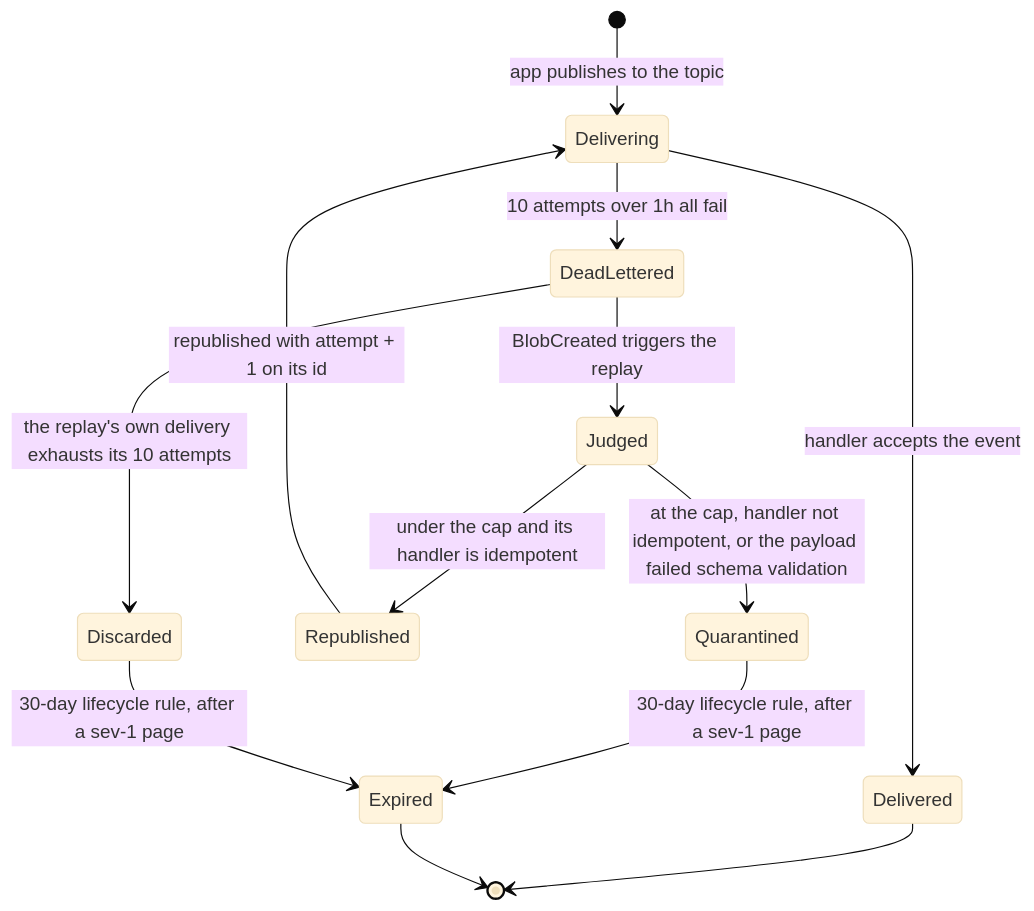
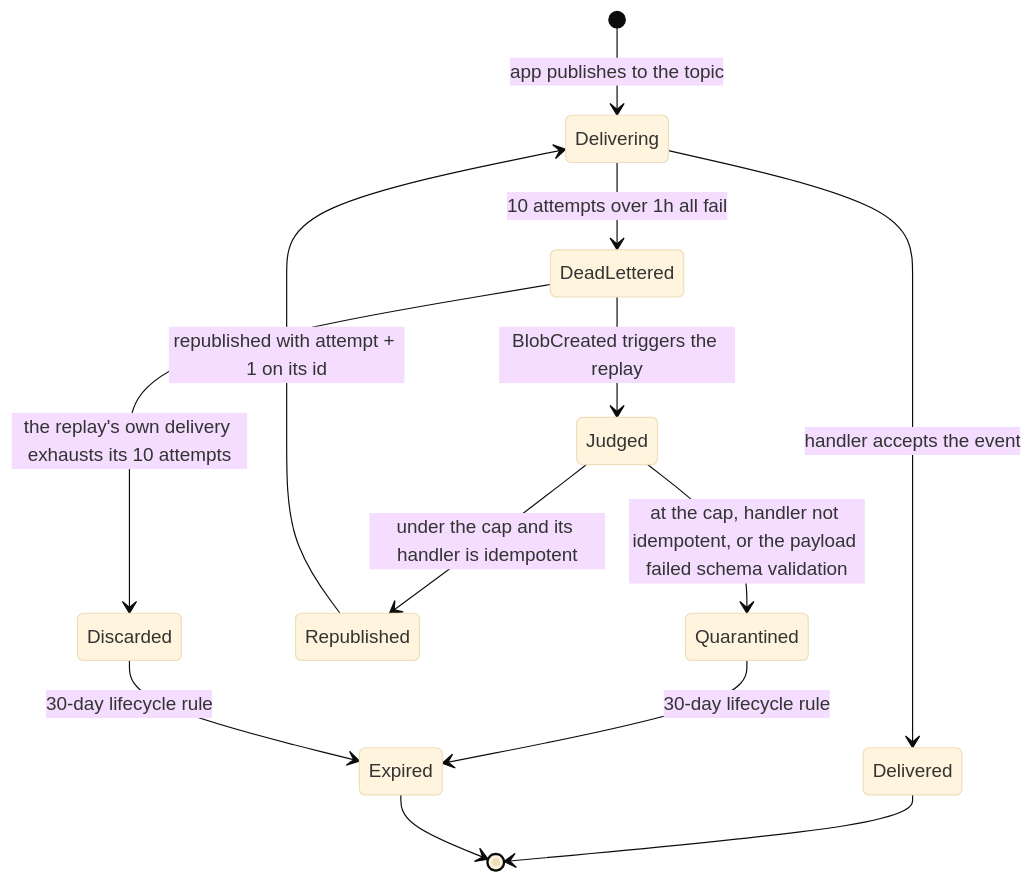
The second of 2 diagrams in packages/app/content/docs/infra/eventgrid-dead-letter.md (Esposter/Esposter), drawn with Mermaid (base theme) before and after one commit. The commit also changed other lines of this file and 13 other files, not shown here.

````diff
--- a/packages/app/content/docs/infra/eventgrid-dead-letter.md
+++ b/packages/app/content/docs/infra/eventgrid-dead-letter.md
@@ -71,15 +69,15 @@
 ```mermaid
 stateDiagram-v2
   [*] --> Delivering: app publishes to the topic
   Delivering --> Delivered: handler accepts the event
   Delivering --> DeadLettered: 10 attempts over 1h all fail
   DeadLettered --> Judged: BlobCreated triggers the replay
   DeadLettered --> Discarded: the replay's own delivery exhausts its 10 attempts
   Judged --> Republished: under the cap and its handler is idempotent
   Judged --> Quarantined: at the cap, handler not idempotent, or the payload failed schema validation
   Republished --> Delivering: republished with attempt + 1 on its id
-  Quarantined --> Expired: 30-day lifecycle rule, after a sev-1 page
-  Discarded --> Expired: 30-day lifecycle rule, after a sev-1 page
+  Quarantined --> Expired: 30-day lifecycle rule
+  Discarded --> Expired: 30-day lifecycle rule
   Delivered --> [*]
   Expired --> [*]
 ```
````
